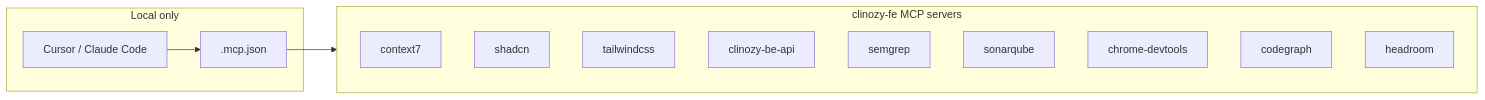
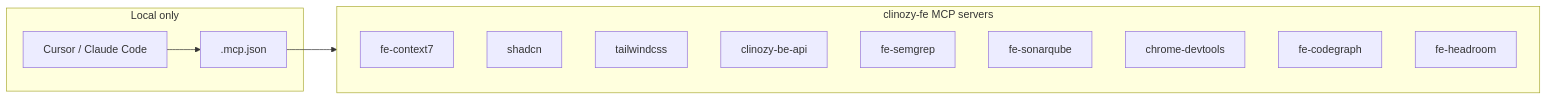
Before and after one commit to albetrios/clinozy-fe: the diagram in agent-os/docs/cursor-mcp-setup.md, drawn with Mermaid. The commit also changed other lines of this file and 17 other files, not shown here.

````diff
--- a/agent-os/docs/cursor-mcp-setup.md
+++ b/agent-os/docs/cursor-mcp-setup.md
@@ -7,20 +7,20 @@
 ```mermaid
 flowchart LR
   subgraph local["Local only"]
     C[Cursor / Claude Code]
     M[.mcp.json]
   end
   subgraph mcps["clinozy-fe MCP servers"]
-    C7[context7]
+    C7[fe-context7]
     S[shadcn]
     T[tailwindcss]
     BE[clinozy-be-api]
-    SG[semgrep]
-    SQ[sonarqube]
+    SG[fe-semgrep]
+    SQ[fe-sonarqube]
     CD[chrome-devtools]
-    CG[codegraph]
-    HR[headroom]
+    CG[fe-codegraph]
+    HR[fe-headroom]
   end
   C --> M
   M --> mcps
 ```
````
